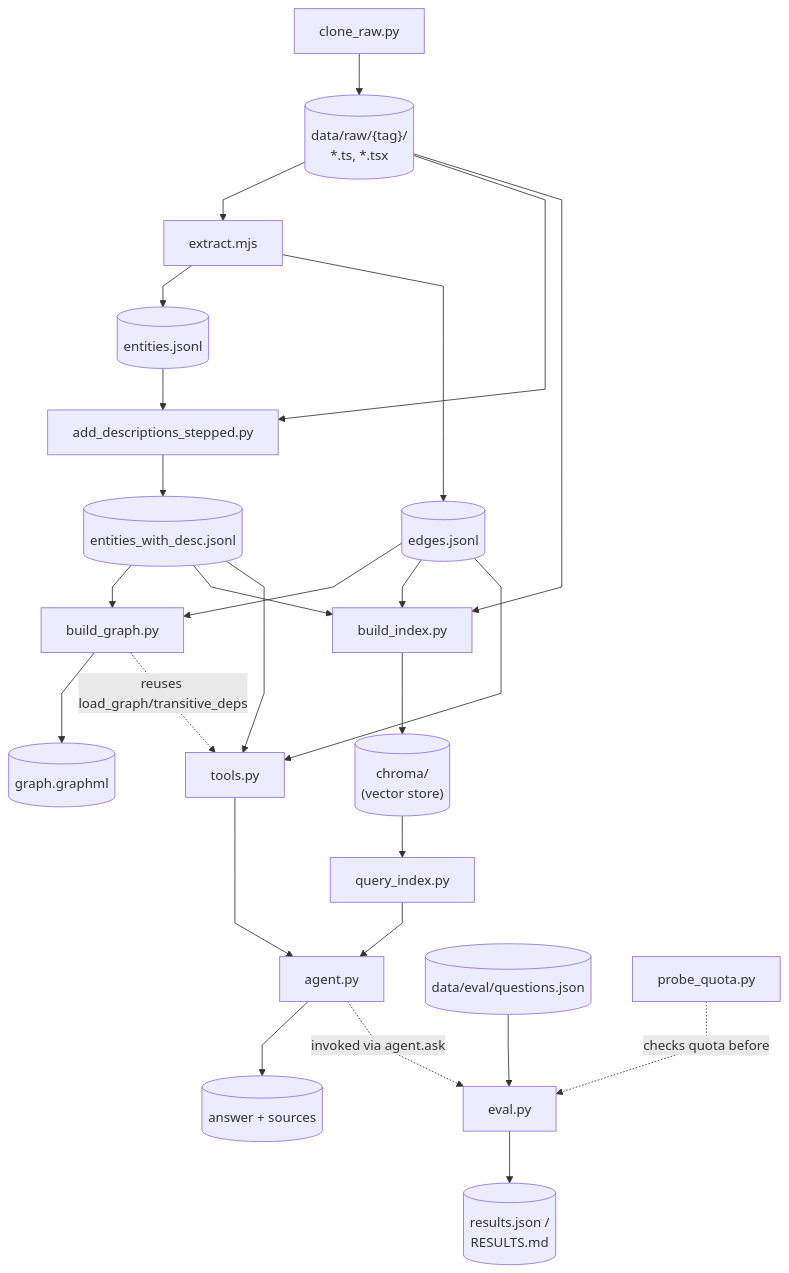
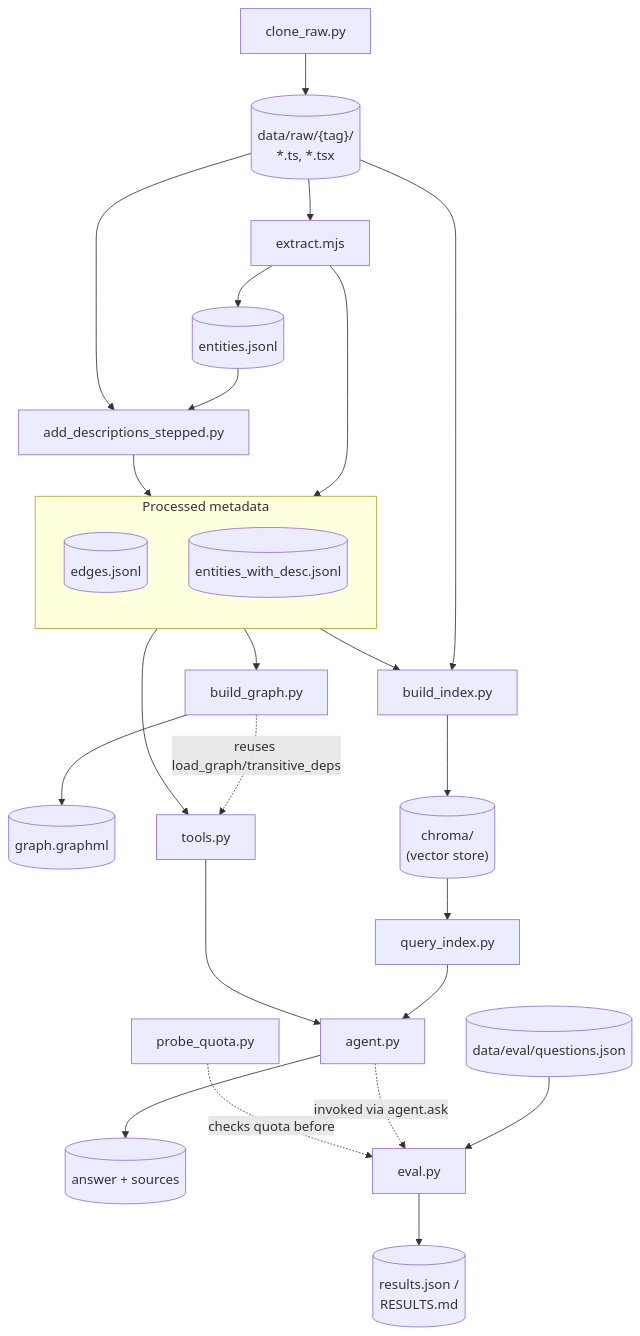
The diagram in reports/repo_walkthrough.md (goudmani/codeiq_source_code_knowledge_graph), drawn with Mermaid before and after one commit.

Commit message:
mermaid chart fix - final attempt

````diff
--- a/reports/repo_walkthrough.md
+++ b/reports/repo_walkthrough.md
@@ -7,39 +7,42 @@
 ```mermaid
-%%{init: {'flowchart': {'curve': 'linear'}}}%%
-graph TD
+flowchart TD
     raw[("data/raw/{tag}/\n*.ts, *.tsx")]
 
     clone["clone_raw.py"] --> raw
 
     raw --> extract["extract.mjs"]
     extract --> entities[("entities.jsonl")]
     extract --> edges[("edges.jsonl")]
 
     entities --> describe["add_descriptions_stepped.py"]
     raw --> describe
     describe --> descOut[("entities_with_desc.jsonl")]
 
-    descOut --> build_graph["build_graph.py"]
-    edges --> build_graph
+    subgraph metadata["Processed metadata"]
+        direction TB
+        descOut
+        edges
+    end
+
+    metadata --> build_graph["build_graph.py"]
     build_graph --> graphml[("graph.graphml")]
 
-    descOut --> index["build_index.py"]
-    edges --> index
+    metadata --> index["build_index.py"]
     raw --> index
     index --> chroma[("chroma/\n(vector store)")]
 
     chroma --> query["query_index.py"]
-    descOut --> tools["tools.py"]
-    edges --> tools
+
+    metadata --> tools["tools.py"]
     build_graph -. reuses load_graph/transitive_deps .-> tools
 
     query --> agent["agent.py"]
     tools --> agent
     agent --> answer[("answer + sources")]
 
     questions[("data/eval/questions.json")] --> eval["eval.py"]
     agent -. "invoked via agent.ask" .-> eval
     eval --> results[("results.json /\nRESULTS.md")]
 
     probe["probe_quota.py"] -. checks quota before .-> eval
 ```
````
